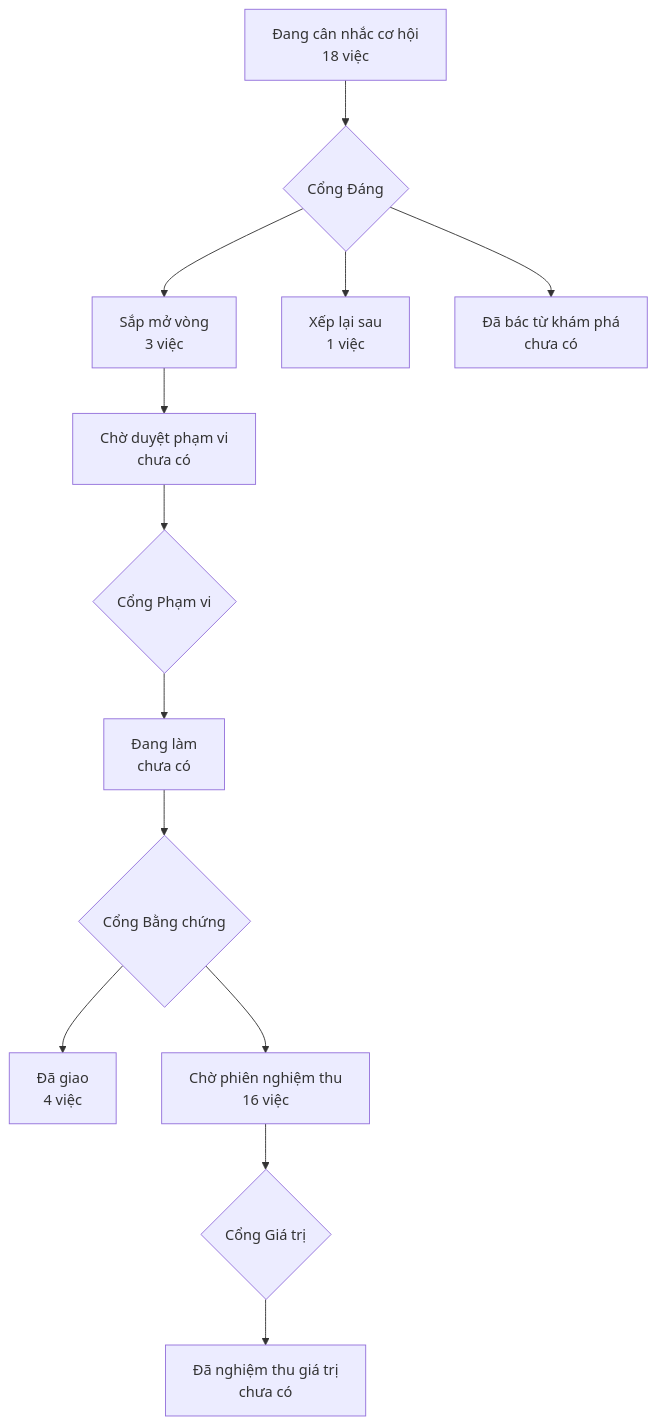
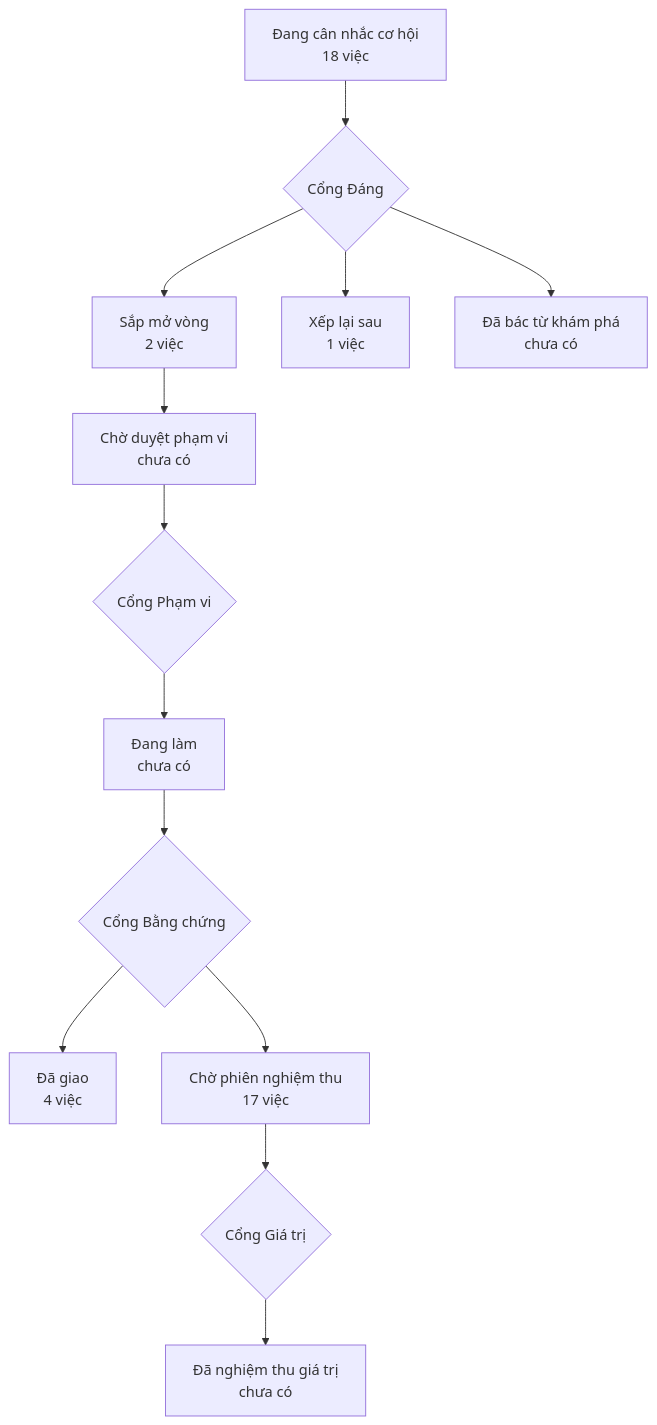
The diagram in PRODUCT-MAP.md (phanlemanh/onehub-quy-hang), drawn with Mermaid before and after one commit. The commit also changed 1 other file, not shown here.

Commit message:
chore: vẽ lại bản đồ sản phẩm và trang lộ trình sau gộp main

````diff
--- a/PRODUCT-MAP.md
+++ b/PRODUCT-MAP.md
@@ -7,12 +7,12 @@
 ```mermaid
 flowchart TD
   A["Đang cân nhắc cơ hội<br/>18 việc"] --> GD{"Cổng Đáng"}
-  GD --> B["Sắp mở vòng<br/>3 việc"]
+  GD --> B["Sắp mở vòng<br/>2 việc"]
   GD --> XL["Xếp lại sau<br/>1 việc"]
   GD --> DB["Đã bác từ khám phá<br/>chưa có"]
   B --> CD["Chờ duyệt phạm vi<br/>chưa có"] --> GP{"Cổng Phạm vi"}
   GP --> DL["Đang làm<br/>chưa có"] --> GB{"Cổng Bằng chứng"}
   GB --> DG["Đã giao<br/>4 việc"]
-  GB --> CN["Chờ phiên nghiệm thu<br/>16 việc"] --> GG{"Cổng Giá trị"}
+  GB --> CN["Chờ phiên nghiệm thu<br/>17 việc"] --> GG{"Cổng Giá trị"}
   GG --> NT["Đã nghiệm thu giá trị<br/>chưa có"]
 ```
````
